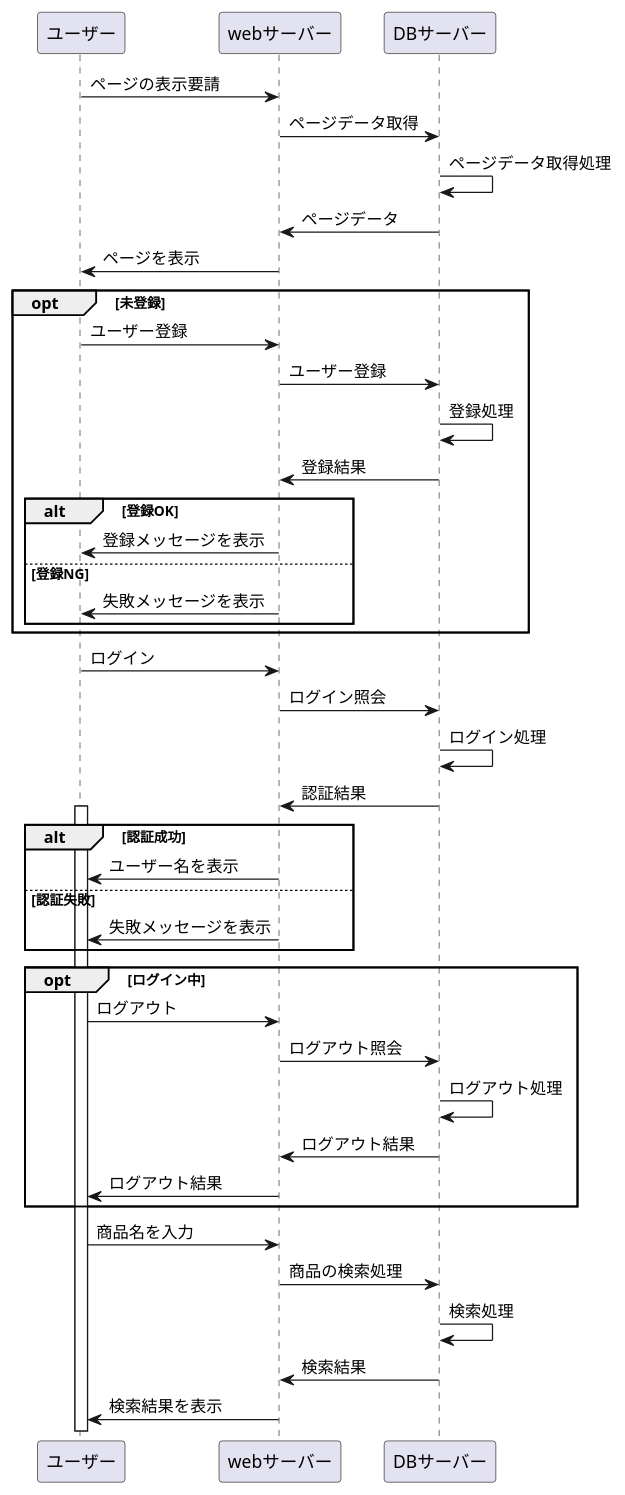
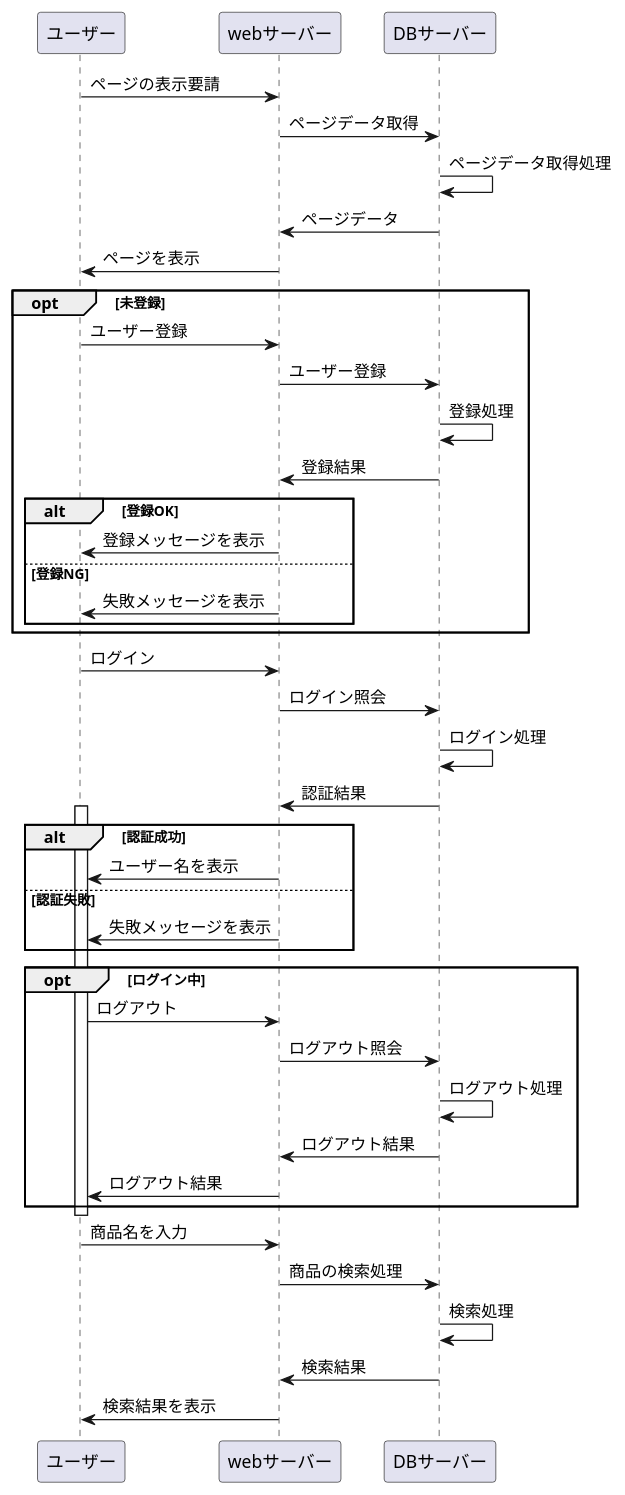
The diagram in kadai8.md (Aso2001019/2021sys-design), drawn with PlantUML before and after one commit.

````diff
--- a/kadai8.md
+++ b/kadai8.md
@@ -1,58 +1,60 @@
 ```uml
 @startuml
 ユーザー -> webサーバー : ページの表示要請
 webサーバー -> DBサーバー : ページデータ取得
 DBサーバー -> DBサーバー : ページデータ取得処理
 DBサーバー -> webサーバー : ページデータ
 webサーバー -> ユーザー : ページを表示
 
 opt 未登録
 
 ユーザー -> webサーバー : ユーザー登録
 webサーバー -> DBサーバー : ユーザー登録
 DBサーバー -> DBサーバー : 登録処理
 DBサーバー -> webサーバー : 登録結果
 
 alt 登録OK
 webサーバー -> ユーザー : 登録メッセージを表示
 
 else 登録NG
 webサーバー -> ユーザー : 失敗メッセージを表示
 
 end
 
 end
 
 ユーザー -> webサーバー : ログイン
 webサーバー -> DBサーバー : ログイン照会
 DBサーバー -> DBサーバー : ログイン処理
 DBサーバー -> webサーバー : 認証結果
 
 activate ユーザー
 
 alt 認証成功
 webサーバー -> ユーザー : ユーザー名を表示
 
 else 認証失敗
 webサーバー -> ユーザー : 失敗メッセージを表示
 
 end
 
 opt ログイン中
 
 ユーザー -> webサーバー : ログアウト
 webサーバー -> DBサーバー : ログアウト照会
 DBサーバー -> DBサーバー : ログアウト処理
 DBサーバー -> webサーバー : ログアウト結果
 webサーバー -> ユーザー : ログアウト結果
 
 end
 
+deactivate ユーザー
+
 ユーザー -> webサーバー : 商品名を入力
 webサーバー -> DBサーバー : 商品の検索処理
 DBサーバー -> DBサーバー : 検索処理
 DBサーバー -> webサーバー : 検索結果
 webサーバー -> ユーザー : 検索結果を表示
 
 @enduml
 ```
````
